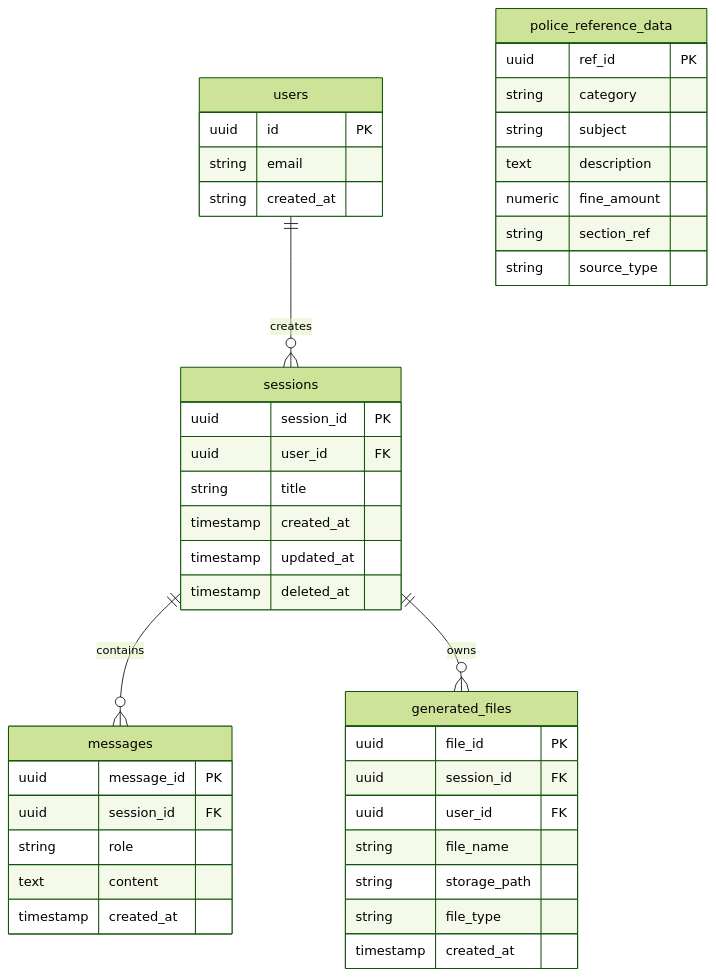
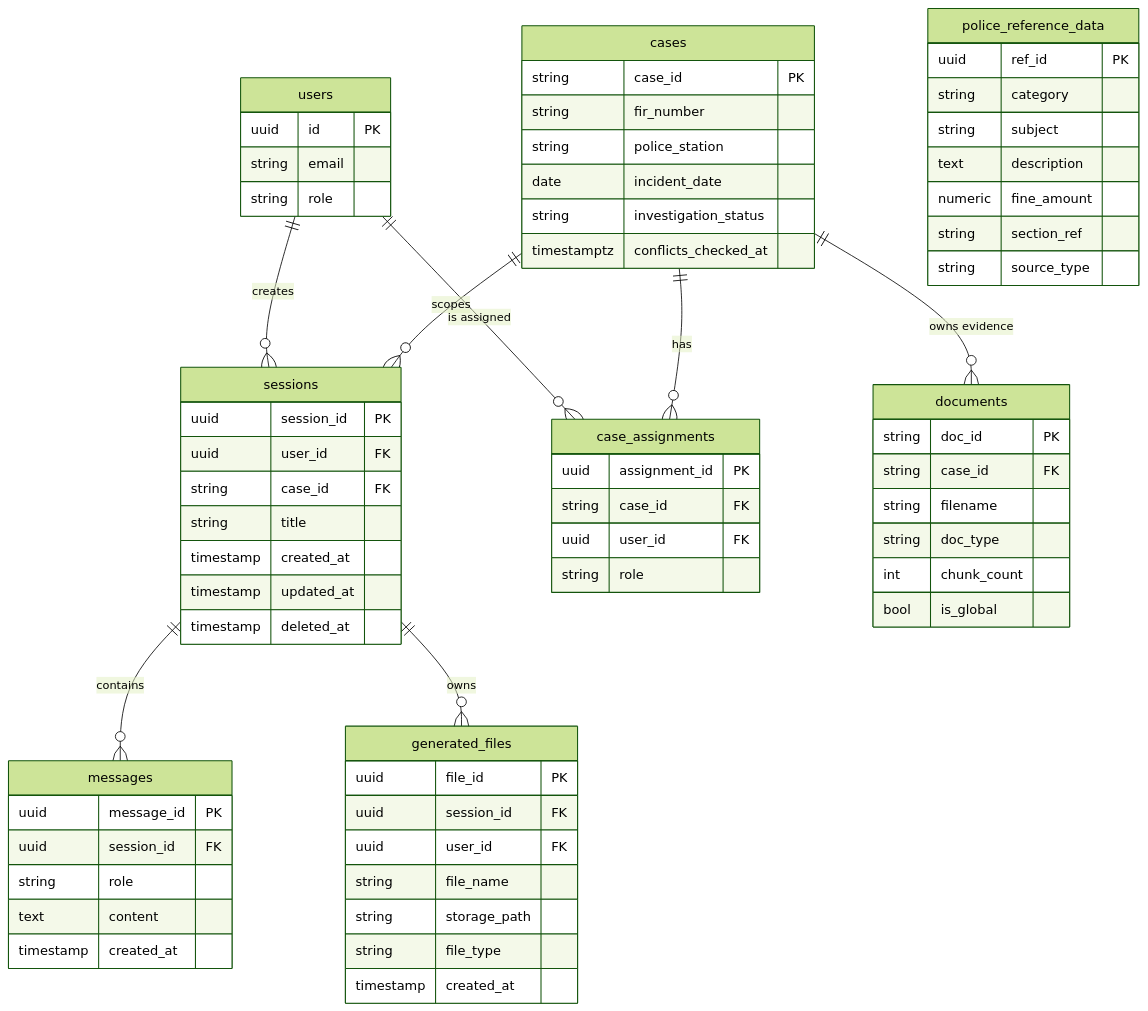
Before and after one commit to rayyanfaisal475207/Muhafiz: the diagram in docs/DATABASE_DESIGN.md, drawn with Mermaid (forest theme). The commit also changed other lines of this file and 2 other files, not shown here.

````diff
--- a/docs/DATABASE_DESIGN.md
+++ b/docs/DATABASE_DESIGN.md
@@ -11,49 +23,79 @@
 ```mermaid
 erDiagram
     users ||--o{ sessions : "creates"
+    users ||--o{ case_assignments : "is assigned"
     sessions ||--o{ messages : "contains"
     sessions ||--o{ generated_files : "owns"
+    cases ||--o{ case_assignments : "has"
+    cases ||--o{ documents : "owns evidence"
+    cases ||--o{ sessions : "scopes"
 
     users {
         uuid id PK
         string email
-        string created_at
+        string role
+    }
+
+    cases {
+        string case_id PK
+        string fir_number
+        string police_station
+        date incident_date
+        string investigation_status
+        timestamptz conflicts_checked_at
+    }
+
+    case_assignments {
+        uuid assignment_id PK
+        string case_id FK
+        uuid user_id FK
+        string role
     }
 
     sessions {
         uuid session_id PK
         uuid user_id FK
+        string case_id FK
         string title
         timestamp created_at
         timestamp updated_at
         timestamp deleted_at
     }
 
     messages {
         uuid message_id PK
         uuid session_id FK
         string role
         text content
         timestamp created_at
+    }
+
+    documents {
+        string doc_id PK
+        string case_id FK
+        string filename
+        string doc_type
+        int chunk_count
+        bool is_global
     }
 
     generated_files {
         uuid file_id PK
         uuid session_id FK
         uuid user_id FK
         string file_name
         string storage_path
         string file_type
         timestamp created_at
     }
 
     police_reference_data {
         uuid ref_id PK
         string category
         string subject
         text description
         numeric fine_amount
         string section_ref
         string source_type
     }
 ```
````
